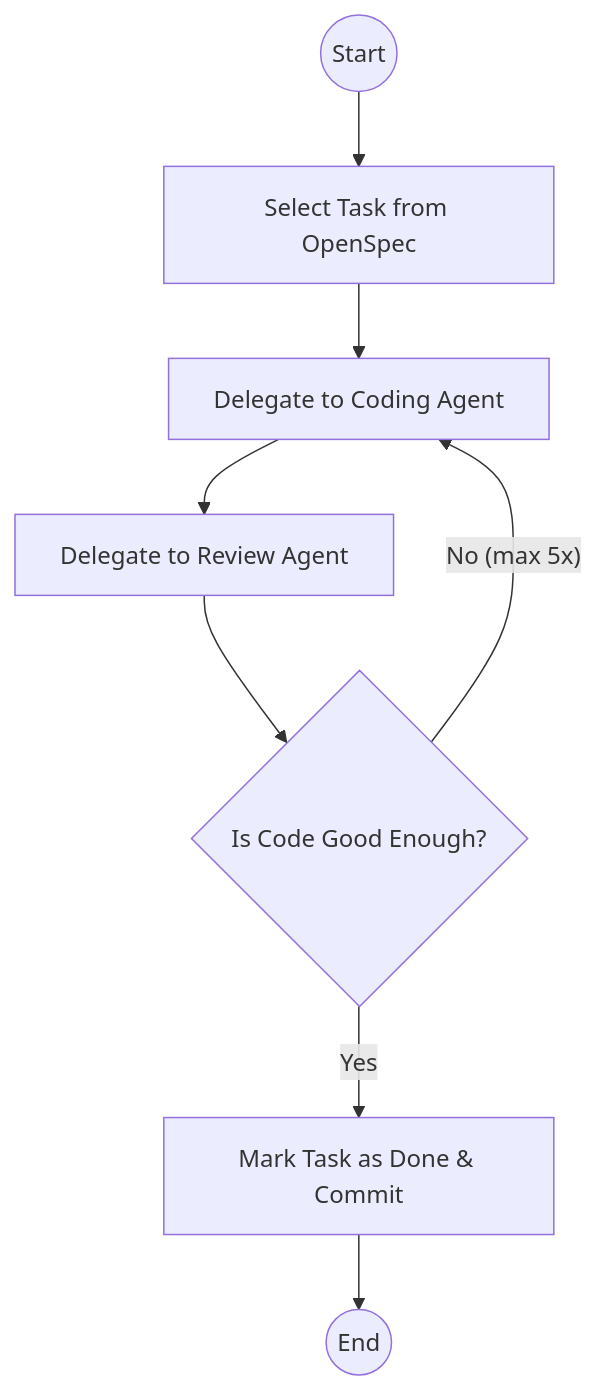
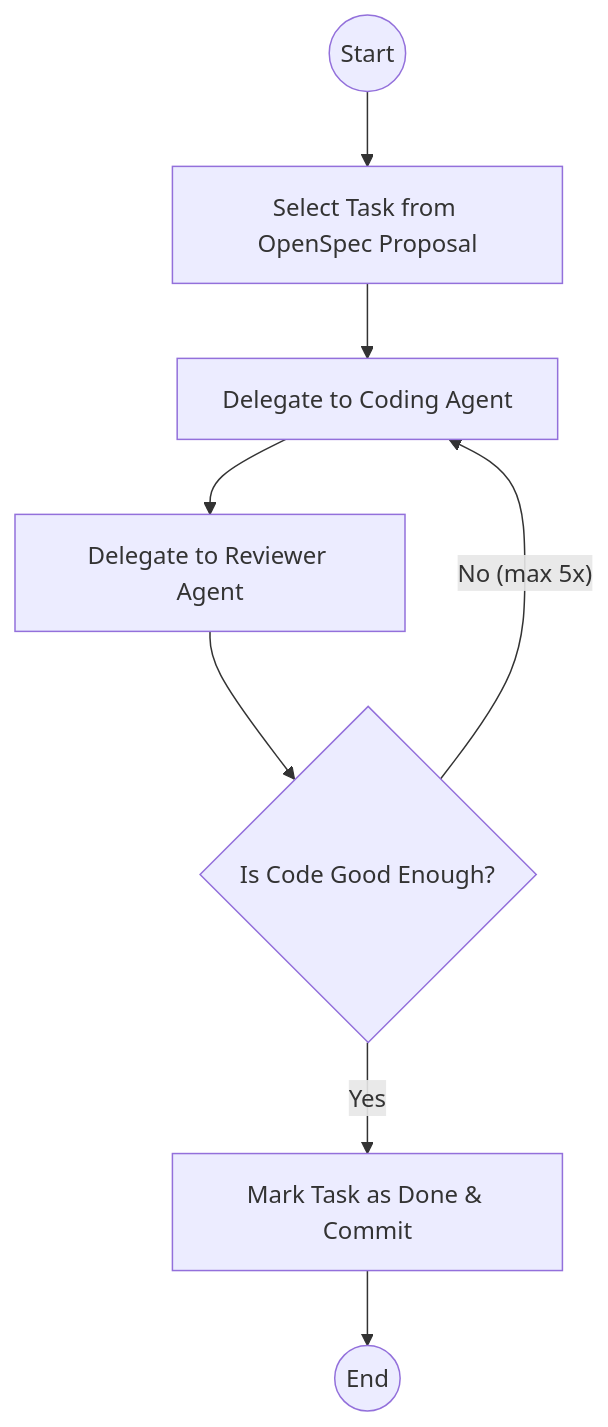
Before and after one commit to jgordijn/inspired-it-website: the diagram in content/blog/DRAFT-the-reviewer.md, drawn with Mermaid. The commit also changed other lines of this file, not shown here.

Commit message:
Update blog draft to clarify reviewer agent role and process

````diff
--- a/content/blog/DRAFT-the-reviewer.md
+++ b/content/blog/DRAFT-the-reviewer.md
@@ -64,10 +64,10 @@
 ```mermaid
 flowchart TD
-    A((Start)) --> B[Select Task from OpenSpec]
+    A((Start)) --> B[Select Task from OpenSpec Proposal]
     B --> C[Delegate to Coding Agent]
-    C --> D[Delegate to Review Agent]
+    C --> D[Delegate to Reviewer Agent]
     D --> H{Is Code Good Enough?}
     H -- Yes --> I[Mark Task as Done & Commit]
     H -- No (max 5x) --> C
     I --> J((End))
 ```
````
